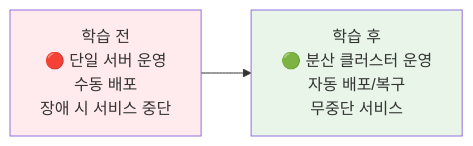
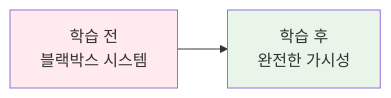
One commit to niceguy61/kdt_devops_lecture_2025 changed the first of 4 diagrams in theory/week_02/day3/session_3.md. Above: the diagram before and after it, drawn with Mermaid. The commit also changed other lines of this file and 68 other files, not shown here.

````diff
--- a/theory/week_02/day3/session_3.md
+++ b/theory/week_02/day3/session_3.md
@@ -36,7 +32,7 @@
 ```mermaid
 graph LR
-    A[학습 전<br/>🔴 단일 서버 운영<br/>수동 배포<br/>장애 시 서비스 중단] --> B[학습 후<br/>🟢 분산 클러스터 운영<br/>자동 배포/복구<br/>무중단 서비스]
+    A[학습 전<br/>블랙박스 시스템] --> B[학습 후<br/>완전한 가시성]
     
     style A fill:#ffebee
     style B fill:#e8f5e8
 ```
````
